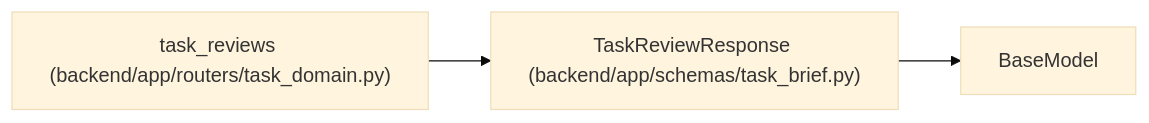
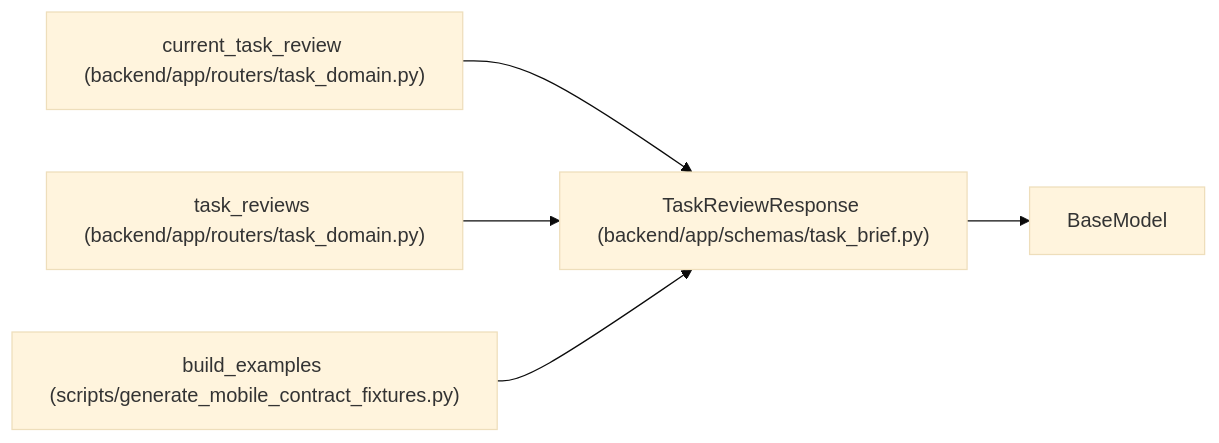
The diagram in docs/llm_wiki/entities/TaskReviewResponse.md (Denissvgn/WorkChord), drawn with Mermaid (base theme) before and after one commit. The commit also changed other lines of this file and 6624 other files, not shown here.

````diff
--- a/docs/llm_wiki/entities/TaskReviewResponse.md
+++ b/docs/llm_wiki/entities/TaskReviewResponse.md
@@ -39,10 +39,16 @@
 ```mermaid
 flowchart LR
     n0["TaskReviewResponse (backend/app/schemas/task_brief.py)"]
     n1["BaseModel"]
-    n2["task_reviews (backend/app/routers/task_domain.py)"]
+    n2["current_task_review (backend/app/routers/task_domain.py)"]
+    n3["task_reviews (backend/app/routers/task_domain.py)"]
+    n4["build_examples (scripts/generate_mobile_contract_fixtures.py)"]
     n0 --> n1
     n2 --> n0
+    n3 --> n0
+    n4 --> n0
     click n0 "../modules/schemas_task_brief.md"
     click n2 "../modules/routers_task_domain.md"
+    click n3 "../modules/routers_task_domain.md"
+    click n4 "../modules/generate_mobile_contract_fixtures.md"
 ```
````
